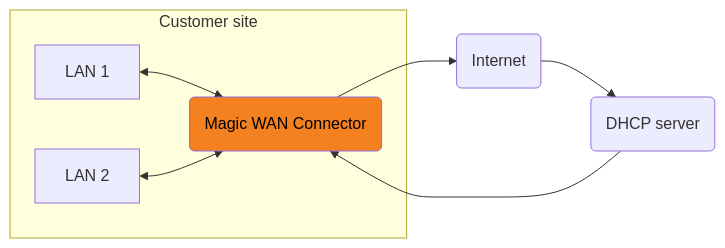
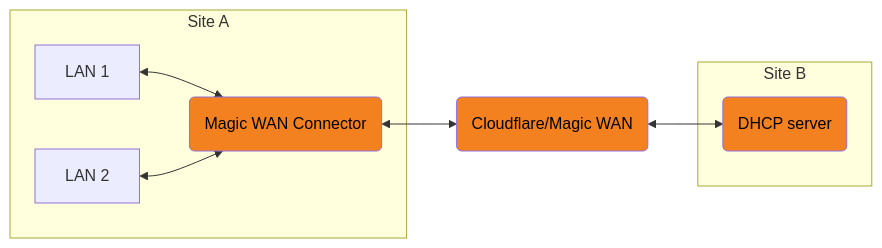
Before and after one commit to rdhanarot/cloudflare-docs: the diagram in src/content/docs/magic-wan/configuration/connector/network-options/dhcp/dhcp-relay.mdx, drawn with Mermaid.

Commit message:
[MWAN] Refined mConn DHCP graph (#20265)
* reworked graph

* refined graph

````diff
--- a/src/content/docs/magic-wan/configuration/connector/network-options/dhcp/dhcp-relay.mdx
+++ b/src/content/docs/magic-wan/configuration/connector/network-options/dhcp/dhcp-relay.mdx
@@ -10,14 +10,16 @@
 ```mermaid
 flowchart LR
 accTitle: An example of Connector in DHCP Relay mode
-    a(Magic WAN Connector) --> b(Internet) --> c(DHCP server)
+    a(Magic WAN Connector) <--> b(Cloudflare/Magic WAN) <--> c(DHCP server)
 
-    subgraph Customer site
+    subgraph Site A
     d[LAN 1] <--> a
     e[LAN 2] <--> a
     end
 
-    c --> a
+    subgraph Site B
+    c
+    end
     classDef orange fill:#f48120,color: black
-    class a orange
+    class a,b,c orange
 ```
````
